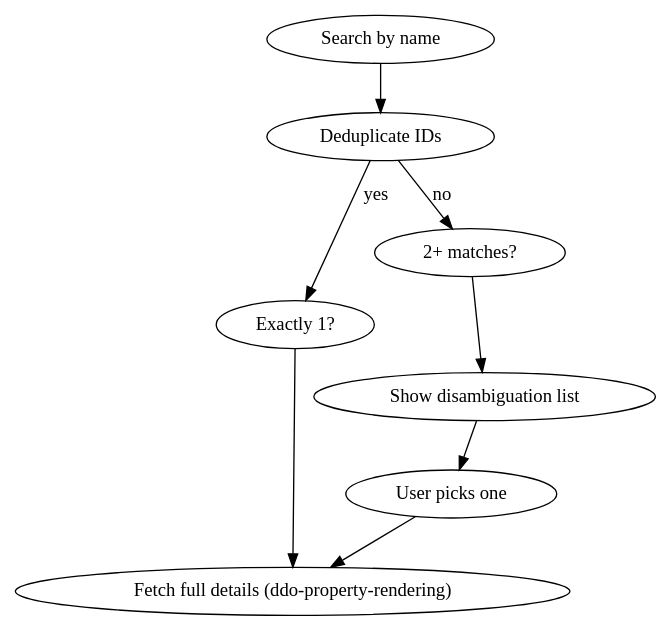
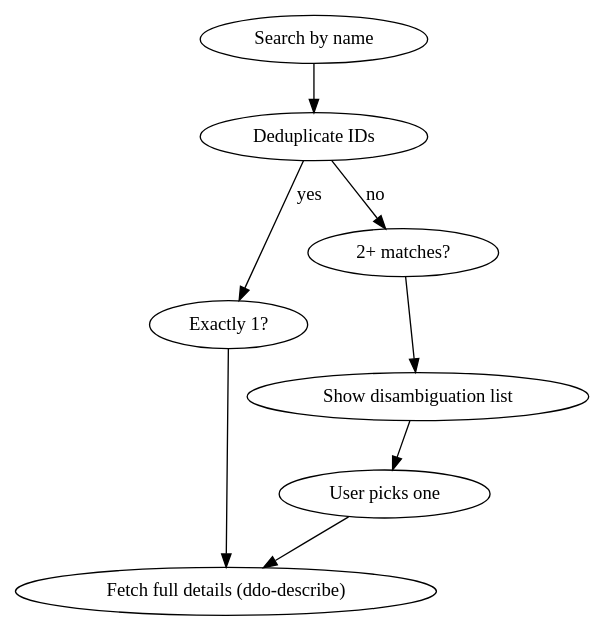
Before and after one commit to morrikan/ddo-dat-api: the diagram in .claude/skills/ddo-name-lookup/SKILL.md, drawn with Graphviz. The commit also changed other lines of this file and 19 other files, not shown here.

````diff
--- a/.claude/skills/ddo-name-lookup/SKILL.md
+++ b/.claude/skills/ddo-name-lookup/SKILL.md
@@ -12,11 +12,11 @@
 ```dot
 digraph name_lookup {
   "Search by name" -> "Deduplicate IDs";
   "Deduplicate IDs" -> "Exactly 1?" [label="yes"];
   "Deduplicate IDs" -> "2+ matches?" [label="no"];
-  "Exactly 1?" -> "Fetch full details (ddo-property-rendering)";
+  "Exactly 1?" -> "Fetch full details (ddo-describe)";
   "2+ matches?" -> "Show disambiguation list";
   "Show disambiguation list" -> "User picks one";
-  "User picks one" -> "Fetch full details (ddo-property-rendering)";
+  "User picks one" -> "Fetch full details (ddo-describe)";
 }
 ```
````
